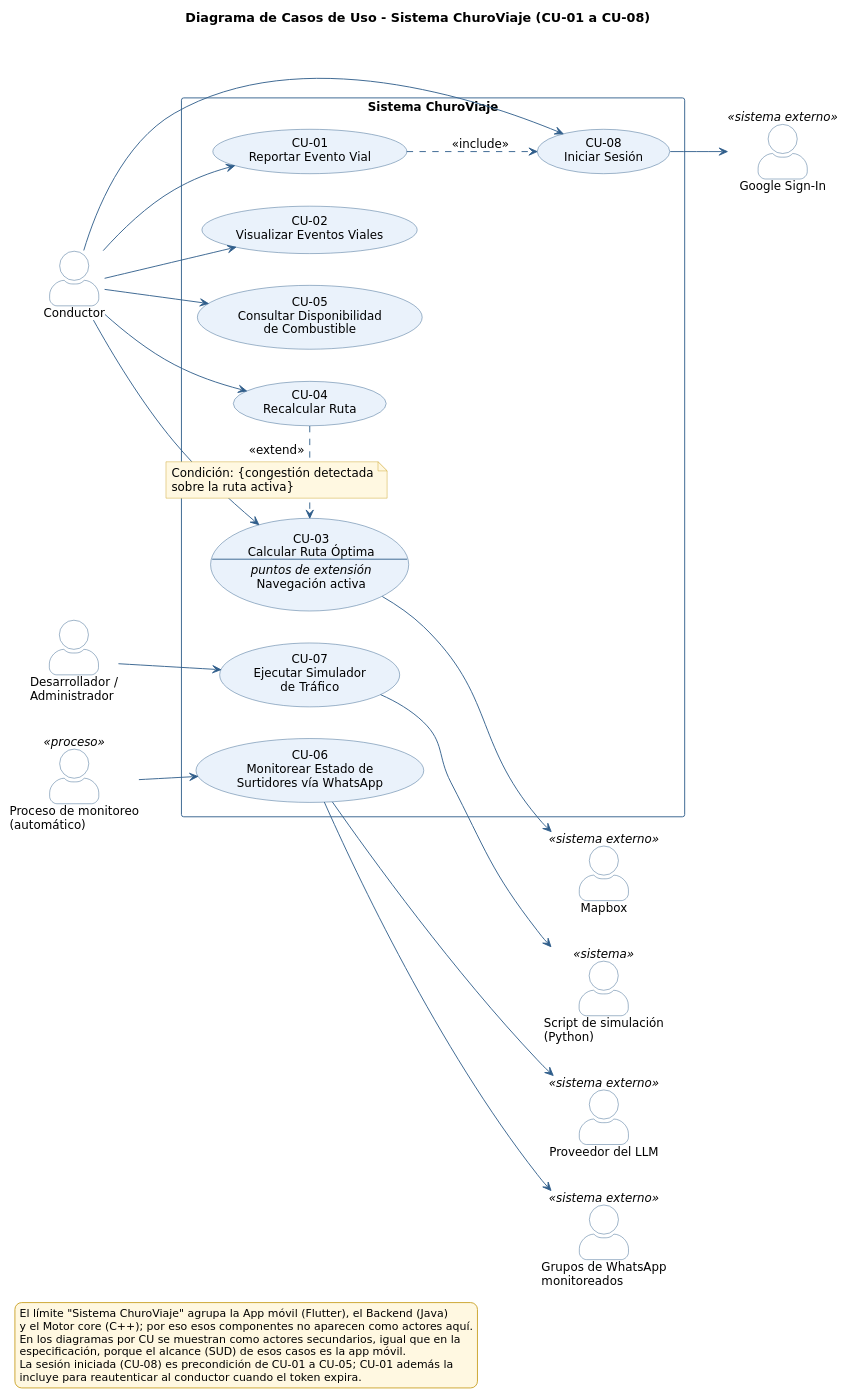
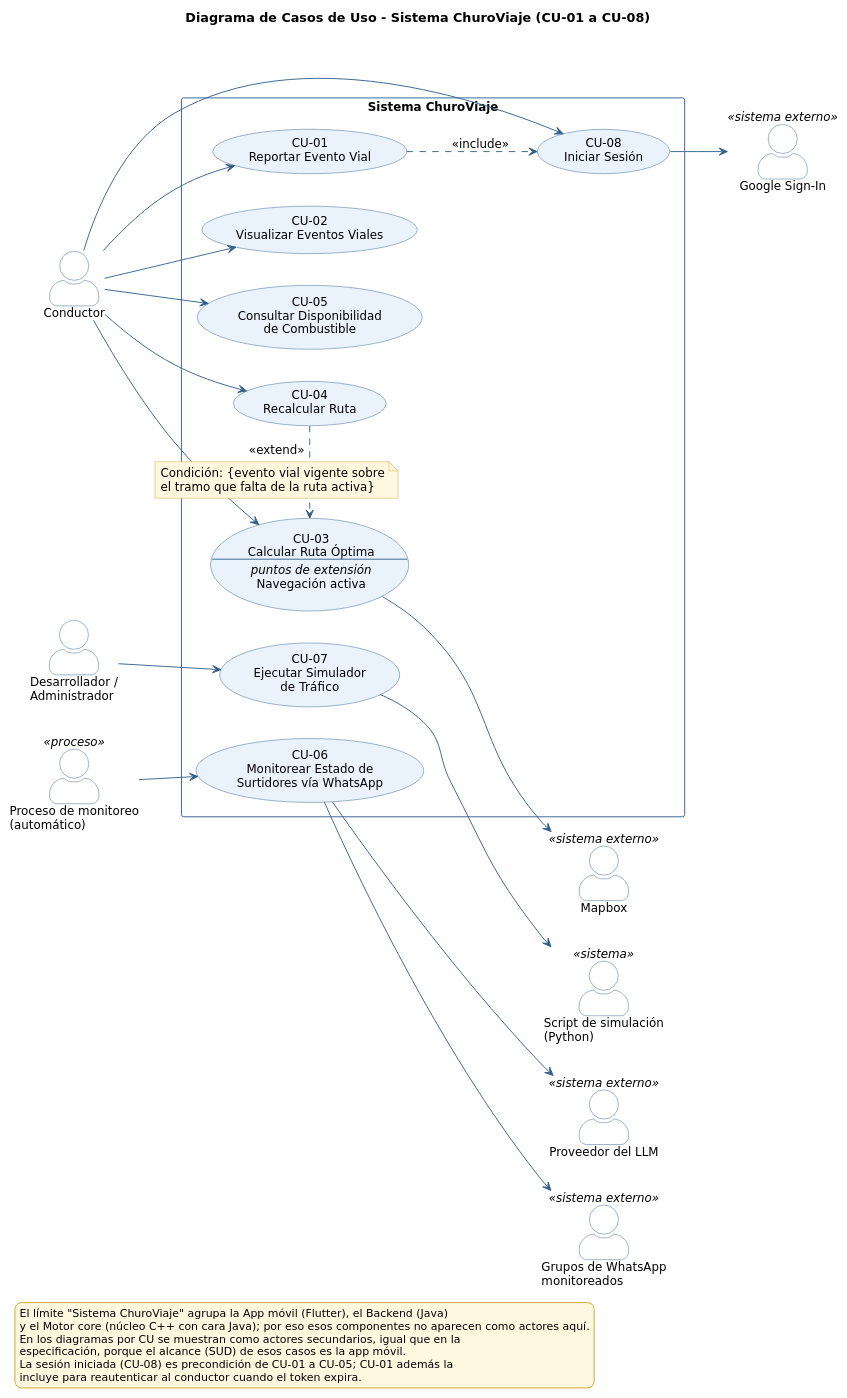
Before and after one commit to uniWASD/ChuroViajeInterno: the diagram in 03_des/DiagCU/CU-00_DiagramaGeneral.puml, drawn with PlantUML. The commit also changed 59 other files, not shown here.

Commit message:
docs(req): alinear Visión, CU, HU y diagramas con la arquitectura (T-086, #38)

```diff
--- a/03_des/DiagCU/CU-00_DiagramaGeneral.puml
+++ b/03_des/DiagCU/CU-00_DiagramaGeneral.puml
@@ -1,101 +1,101 @@
 @startuml CU-00_DiagramaGeneral
 ' Diagrama de Casos de Uso - Sistema ChuroViaje (CU-01 a CU-08)
 ' Fuente: 02_req - Especificación de Casos de Uso (CU-01 a CU-08)
 ' Issue: T-029 (#8)
 ' Revisión de coherencia (06/10/2026): sin API externa de surtidores, con proveedor del LLM y sesión obligatoria.
 
 left to right direction
 skinparam shadowing false
 skinparam defaultFontName "DejaVu Sans"
 skinparam defaultFontSize 13
 skinparam packageStyle rectangle
 skinparam actorStyle awesome
 skinparam usecase {
   BackgroundColor #EAF2FB
   BorderColor #2F5D8A
   ArrowColor #2F5D8A
 }
 skinparam rectangle {
   BorderColor #2F5D8A
   FontStyle bold
 }
 skinparam actor {
   BorderColor #2F5D8A
   BackgroundColor #FFFFFF
 }
 skinparam note {
   BackgroundColor #FFF8E1
   BorderColor #C9A227
 }
 skinparam ArrowColor #2F5D8A
 skinparam legend {
   BackgroundColor #FFF8E1
   BorderColor #C9A227
   FontSize 12
 }
 
 title Diagrama de Casos de Uso - Sistema ChuroViaje (CU-01 a CU-08)
 
 ' Actores principales (izquierda)
 actor "Conductor" as Conductor
 actor "Desarrollador /\nAdministrador" as Dev
 actor "Proceso de monitoreo\n(automático)" as Monitor <<proceso>>
 
 ' Actores secundarios externos (derecha)
 actor "Google Sign-In" as Google <<sistema externo>>
 actor "Mapbox" as Mapbox <<sistema externo>>
 actor "Grupos de WhatsApp\nmonitoreados" as WA <<sistema externo>>
 actor "Proveedor del LLM" as LLM <<sistema externo>>
 actor "Script de simulación\n(Python)" as Script <<sistema>>
 
 rectangle "Sistema ChuroViaje" {
   usecase "CU-08\nIniciar Sesión" as CU08
   usecase "CU-01\nReportar Evento Vial" as CU01
   usecase "CU-02\nVisualizar Eventos Viales" as CU02
   usecase CU03 as "CU-03
 Calcular Ruta Óptima
 --
 <i>puntos de extensión</i>
 Navegación activa"
   usecase "CU-04\nRecalcular Ruta" as CU04
   usecase "CU-05\nConsultar Disponibilidad\nde Combustible" as CU05
   usecase "CU-06\nMonitorear Estado de\nSurtidores vía WhatsApp" as CU06
   usecase "CU-07\nEjecutar Simulador\nde Tráfico" as CU07
 }
 
 ' Asociaciones actor principal -> caso de uso
 Conductor --> CU01
 Conductor --> CU08
 Conductor --> CU02
 Conductor --> CU03
 Conductor --> CU04
 Conductor --> CU05
 Monitor --> CU06
 Dev --> CU07
 
 ' Relaciones entre casos de uso
 CU01 ..> CU08 : <<include>>
 CU04 .> CU03 : <<extend>>
 note on link
-  Condición: {congestión detectada
-  sobre la ruta activa}
+  Condición: {evento vial vigente sobre
+  el tramo que falta de la ruta activa}
 end note
 
 ' Asociaciones con actores secundarios externos
 CU08 --> Google
 CU03 --> Mapbox
 CU06 --> WA
 CU06 --> LLM
 CU07 --> Script
 
 
 legend bottom left
   El límite "Sistema ChuroViaje" agrupa la App móvil (Flutter), el Backend (Java)
-  y el Motor core (C++); por eso esos componentes no aparecen como actores aquí.
+  y el Motor core (núcleo C++ con cara Java); por eso esos componentes no aparecen como actores aquí.
   En los diagramas por CU se muestran como actores secundarios, igual que en la
   especificación, porque el alcance (SUD) de esos casos es la app móvil.
   La sesión iniciada (CU-08) es precondición de CU-01 a CU-05; CU-01 además la
   incluye para reautenticar al conductor cuando el token expira.
 endlegend
 
 @enduml
```
